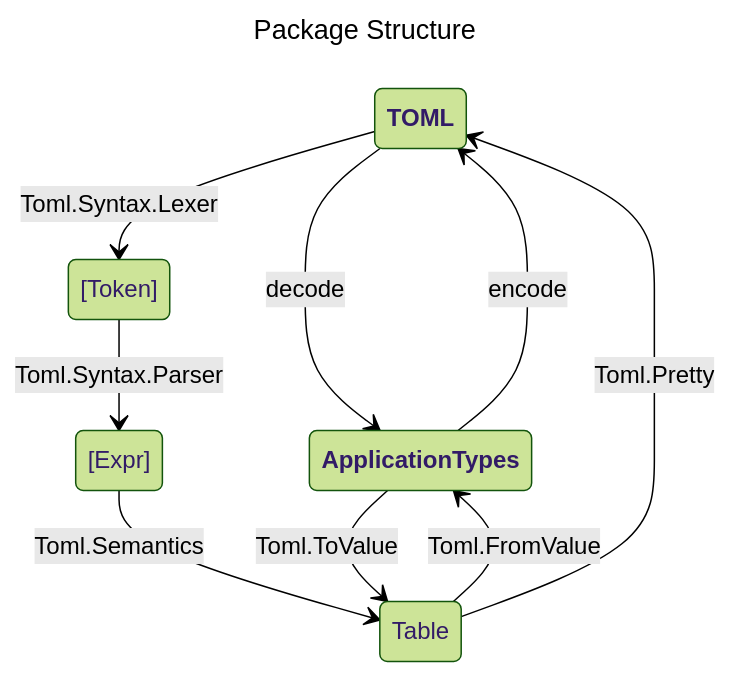
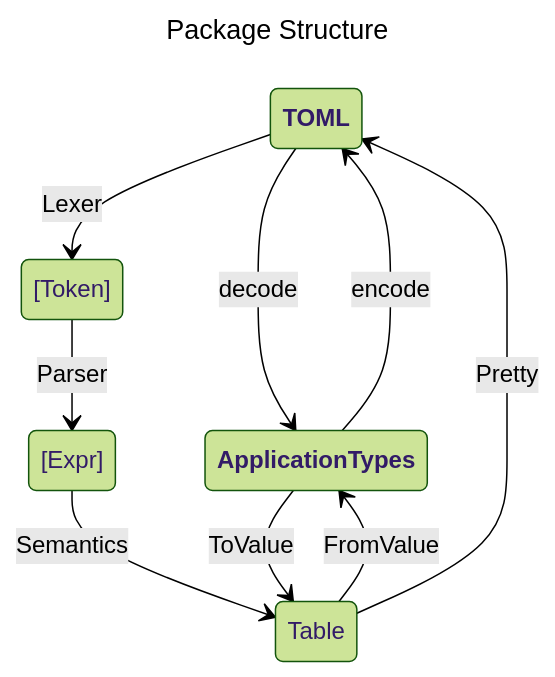
The diagram in README.md (glguy/toml-parser), drawn with Mermaid (forest theme) before and after one commit. The commit also changed other lines of this file and 1 other file, not shown here.

````diff
--- a/README.md
+++ b/README.md
@@ -12,17 +12,16 @@
 ```mermaid
 ---
 title: Package Structure
 ---
 stateDiagram-v2
     classDef important font-weight:bold;
 
     TOML:::important --> ApplicationTypes:::important : decode
     ApplicationTypes --> TOML : encode
-    TOML --> [Token]: Toml.Syntax.Lexer
-    [Token] --> [Expr]: Toml.Syntax.Parser
-    [Expr] --> Table : Toml.Semantics
-    Table --> ApplicationTypes : Toml.FromValue
-    ApplicationTypes --> Table : Toml.ToValue
-    Table --> TOML : Toml.Pretty
-
+    TOML --> [Token]: Lexer
+    [Token] --> [Expr]: Parser
+    [Expr] --> Table : Semantics
+    Table --> ApplicationTypes : FromValue
+    ApplicationTypes --> Table : ToValue
+    Table --> TOML : Pretty
 ```
````
